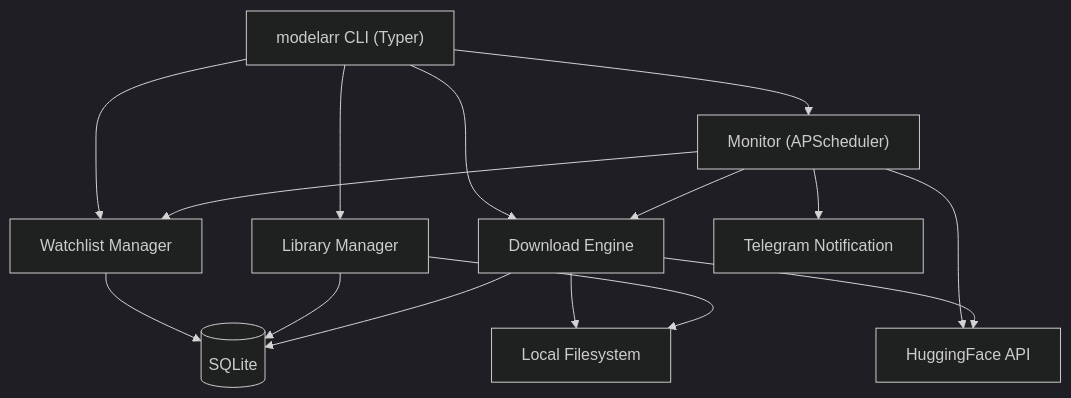
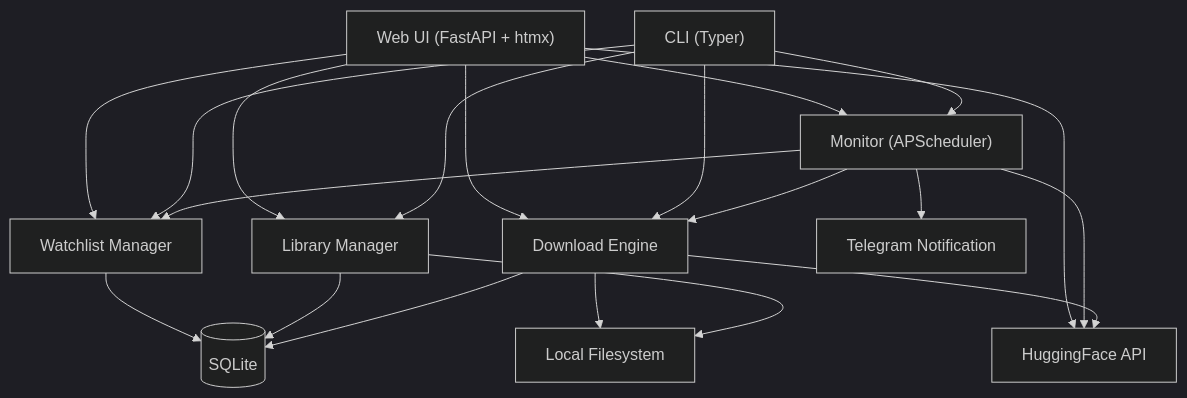
One commit to mmorris35/modelarr changed the diagram in README.md. Above: the diagram before and after it, drawn with Mermaid (dark theme). The commit also changed other lines of this file and 3 other files, not shown here.

````diff
--- a/README.md
+++ b/README.md
@@ -192,19 +260,25 @@
 ```mermaid
 flowchart TD
-    CLI["modelarr CLI (Typer)"]
-    CLI --> WL["Watchlist Manager"]
-    CLI --> LIB["Library Manager"]
-    CLI --> DL["Download Engine"]
-    CLI --> MON["Monitor (APScheduler)"]
+    WEB["Web UI (FastAPI + htmx)"]
+    CLI["CLI (Typer)"]
+    WEB --> WL["Watchlist Manager"]
+    WEB --> LIB["Library Manager"]
+    WEB --> DL["Download Engine"]
+    WEB --> MON["Monitor (APScheduler)"]
+    WEB --> HF
+    CLI --> WL
+    CLI --> LIB
+    CLI --> DL
+    CLI --> MON
 
     WL --> DB[("SQLite")]
     LIB --> DB
     DL --> DB
     MON --> WL
     MON --> HF["HuggingFace API"]
     MON --> DL
     DL --> HF
     DL --> FS["Local Filesystem"]
     LIB --> FS
     MON --> TG["Telegram Notification"]
 ```
````
